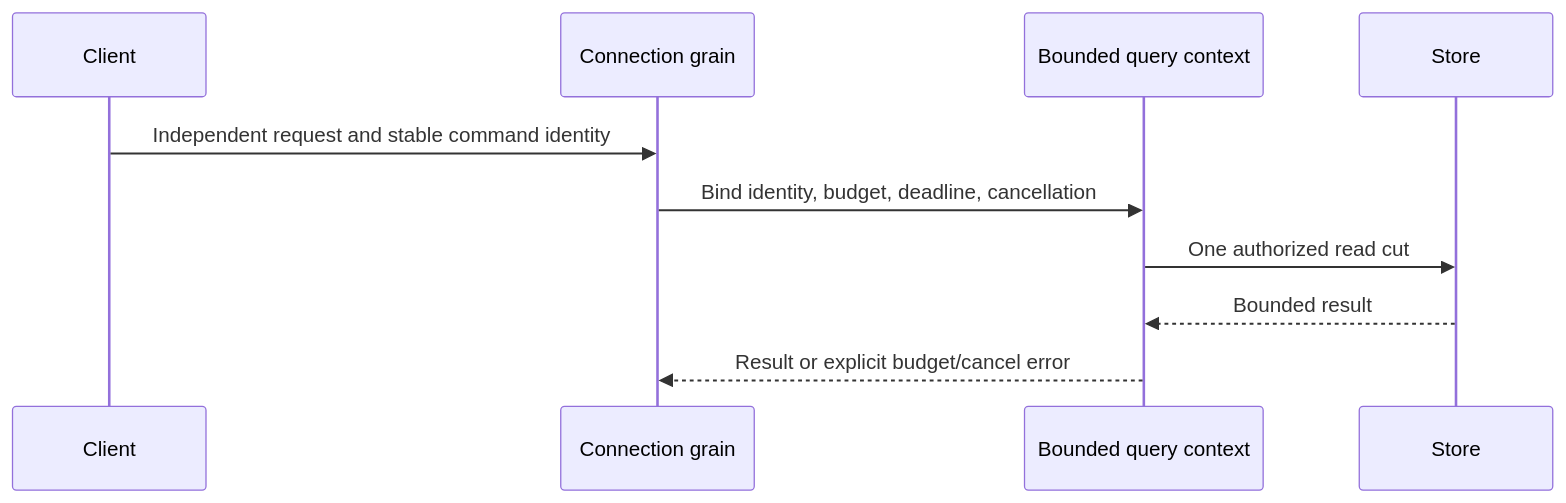
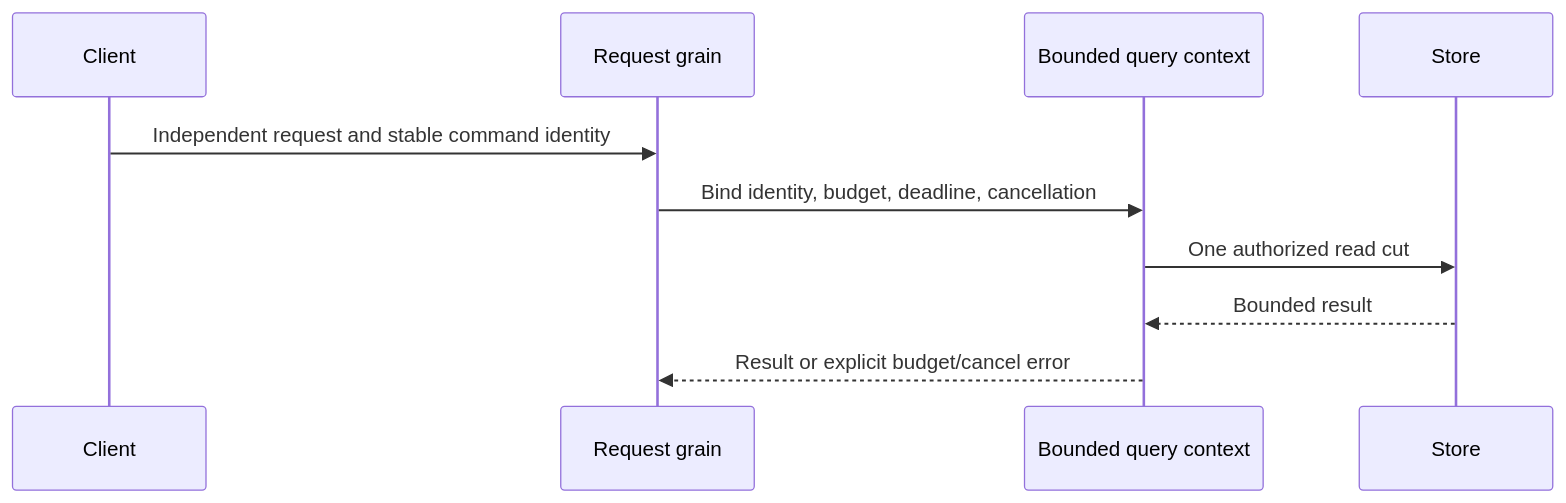
One commit to managedcode/KeyLoad changed the diagram in docs/ADR/ADR-020-independent-query-contexts.md. Above: the diagram before and after it, drawn with Mermaid. The commit also changed other lines of this file and 27 other files, not shown here.

````diff
--- a/docs/ADR/ADR-020-independent-query-contexts.md
+++ b/docs/ADR/ADR-020-independent-query-contexts.md
@@ -11,12 +11,12 @@
 ```mermaid
 sequenceDiagram
     participant Client
-    participant Grain as Connection grain
+    participant Grain as Request grain
     participant Query as Bounded query context
     participant Store
     Client->>Grain: Independent request and stable command identity
     Grain->>Query: Bind identity, budget, deadline, cancellation
     Query->>Store: One authorized read cut
     Store-->>Query: Bounded result
     Query-->>Grain: Result or explicit budget/cancel error
 ```
````
